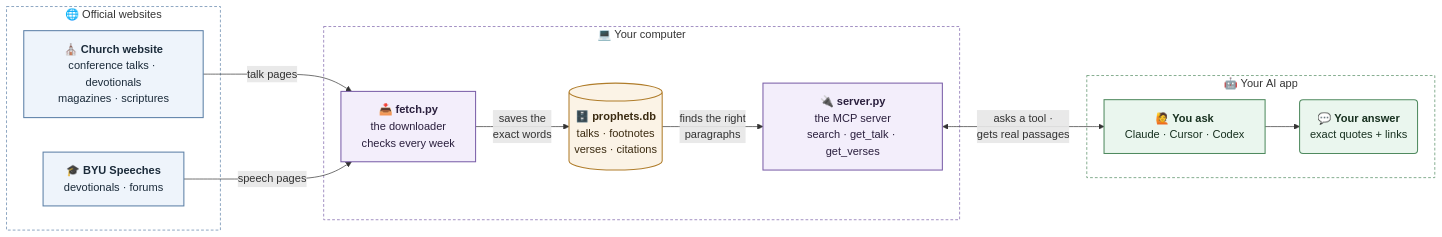
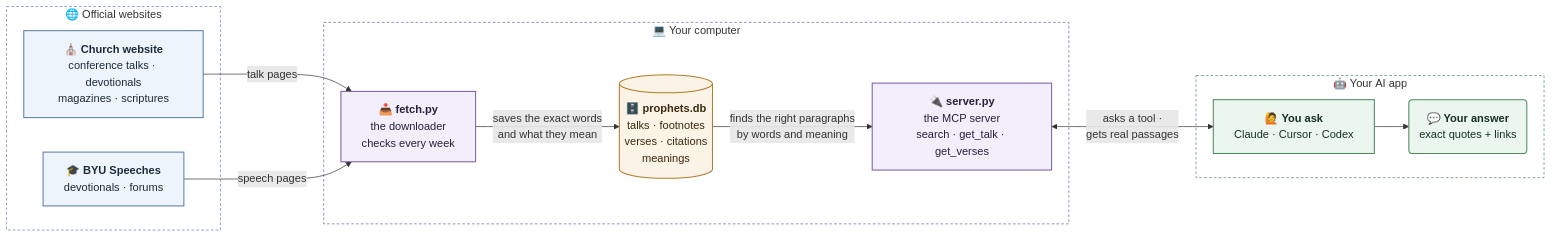
One commit to kcferguson1/prophets-mcp changed the diagram in README.md. Above: the diagram before and after it, drawn with Mermaid. The commit also changed other lines of this file and 7 other files, not shown here.

Commit message:
Add meaning search, blended with keyword search and stored in prophets.db

````diff
--- a/README.md
+++ b/README.md
@@ -131,37 +132,37 @@
 ```mermaid
 flowchart LR
     subgraph web["🌐&nbsp;Official&nbsp;websites"]
         GL["⛪ <b>Church website</b><br/>conference talks · devotionals<br/>magazines · scriptures"]
         BYU["🎓 <b>BYU Speeches</b><br/>devotionals · forums"]
     end
 
     subgraph mac["💻&nbsp;Your&nbsp;computer"]
         F["📥 <b>fetch.py</b><br/>the downloader<br/>checks every week"]
-        DB[("🗄️ <b>prophets.db</b><br/>talks · footnotes<br/>verses · citations")]
+        DB[("🗄️ <b>prophets.db</b><br/>talks · footnotes<br/>verses · citations<br/>meanings")]
         S["🔌 <b>server.py</b><br/>the MCP server<br/>search · get_talk · get_verses"]
     end
 
     subgraph app["🤖&nbsp;Your&nbsp;AI&nbsp;app"]
         C["🙋 <b>You ask</b><br/>Claude · Cursor · Codex"]
         A("💬 <b>Your answer</b><br/>exact quotes + links")
     end
 
     GL -- "talk pages" --> F
     BYU -- "speech pages" --> F
-    F -- "saves the<br/>exact words" --> DB
-    DB -- "finds the right<br/>paragraphs" --> S
+    F -- "saves the exact words<br/>and what they mean" --> DB
+    DB -- "finds the right paragraphs<br/>by words and meaning" --> S
     S <-- "asks a tool ·<br/>gets real passages" --> C
     C --> A
 
     classDef site fill:#eef4fb,stroke:#5b7fa6,stroke-width:1.5px,color:#1b2b3a
     classDef code fill:#f3eefb,stroke:#7a5ea8,stroke-width:1.5px,color:#2a1f3d
     classDef data fill:#fbf3e6,stroke:#b07d2b,stroke-width:1.5px,color:#3a2a10
     classDef person fill:#eaf6ee,stroke:#4f8a5f,stroke-width:1.5px,color:#17301f
     class GL,BYU site
     class F,S code
     class DB data
     class C,A person
     style web fill:transparent,stroke:#5b7fa6,stroke-dasharray:4 3
     style mac fill:transparent,stroke:#7a5ea8,stroke-dasharray:4 3
     style app fill:transparent,stroke:#4f8a5f,stroke-dasharray:4 3
 ```
````
